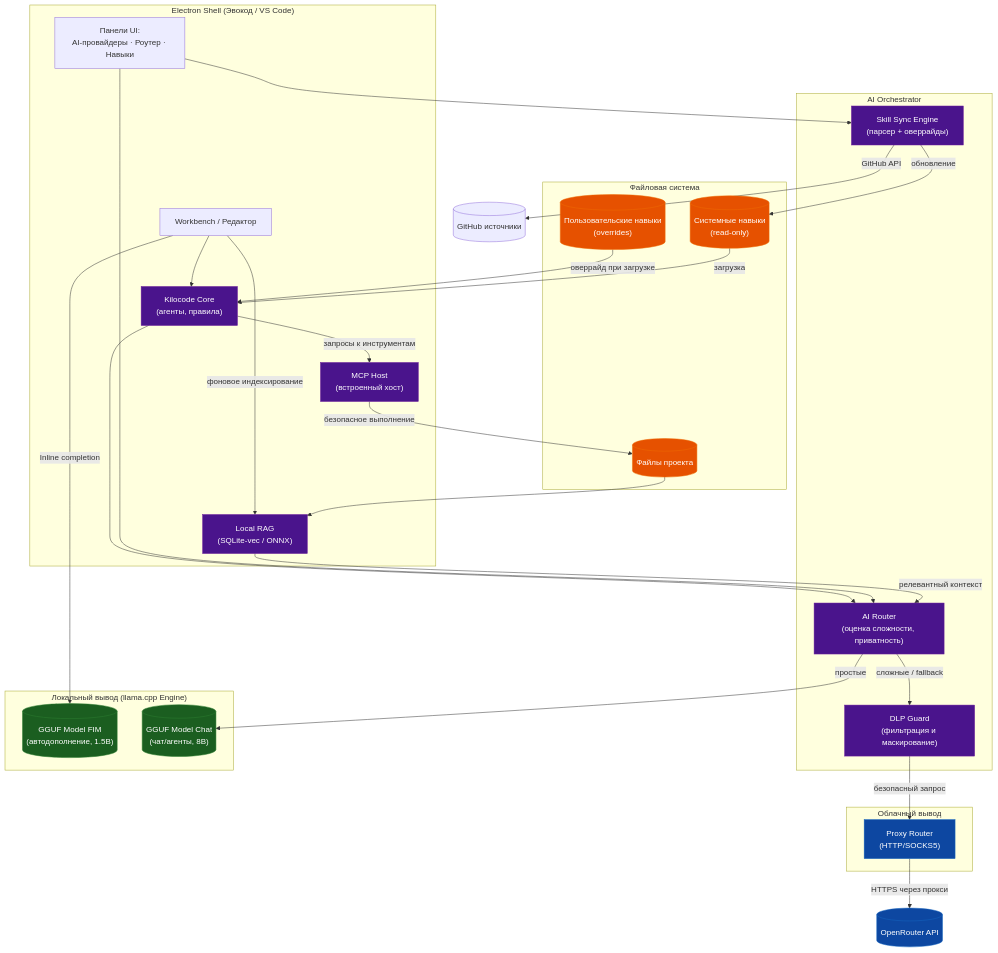
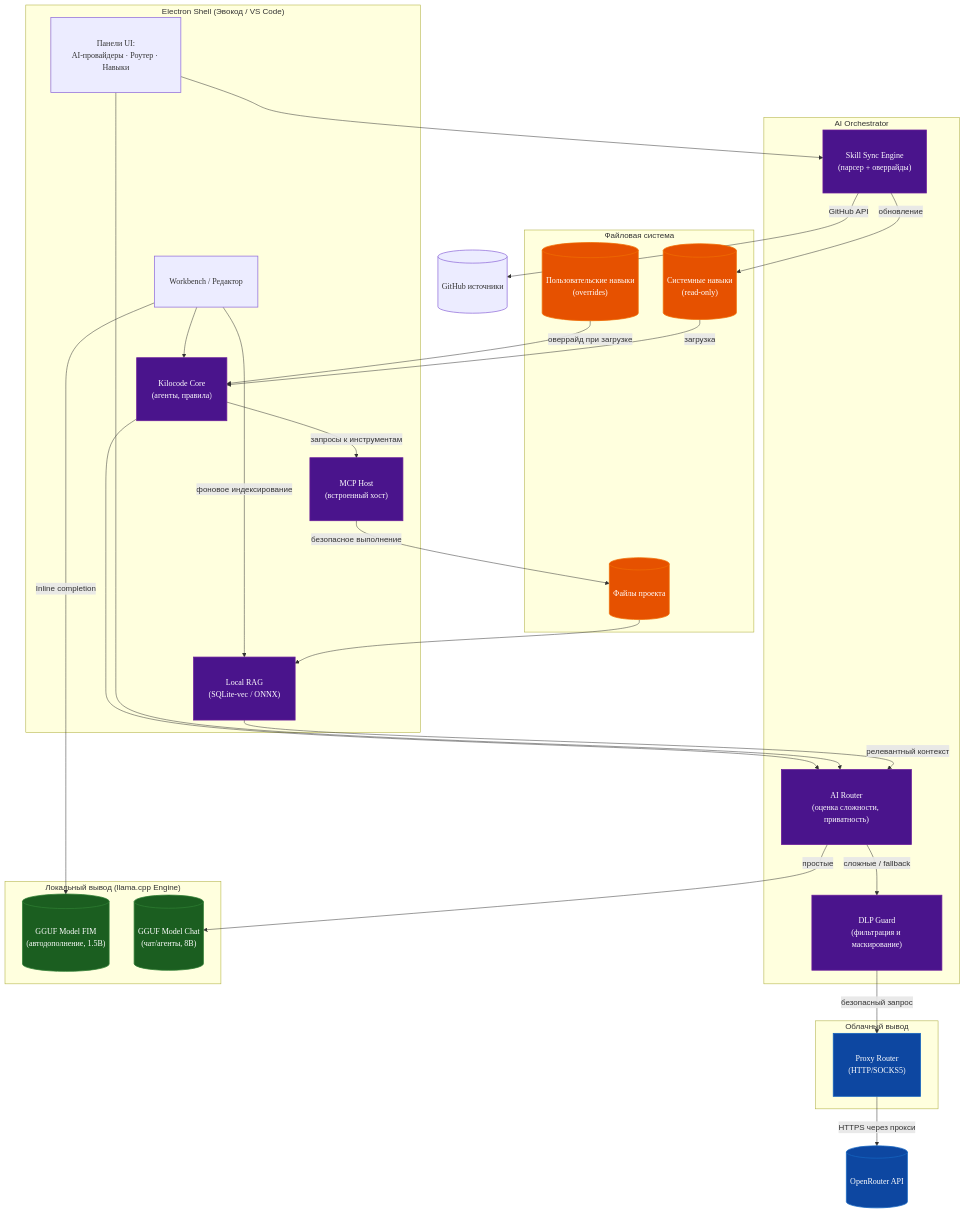
One commit to Bezooom/Evocode changed the diagram in docs/TZ.md. Above: the diagram before and after it, drawn with Mermaid. The commit also changed 4 other files, not shown here.

Commit message:
docs: optimize Mermaid diagram sizing and styling; make VISUAL architecture interactive HTML

````diff
--- a/docs/TZ.md
+++ b/docs/TZ.md
@@ -127,64 +127,68 @@
 ```mermaid
 flowchart TB
+    accTitle: Evocode Components Architecture Diagram
+    accDescr: Visual flowchart mapping the Electron shell components, AI Router, DLP Guard, local models, and cloud proxies inside Evocode with high-readability large text.
+
+    classDef default font-size:16px,font-family:'JetBrains Mono',monospace,stroke-width:1.5px,padding:8px;
+    classDef local fill:#1b5e20,stroke:#2e7d32,color:#fff;
+    classDef cloud fill:#0d47a1,stroke:#1565c0,color:#fff;
+    classDef core fill:#4a148c,stroke:#6a1b9a,color:#fff;
+    classDef files fill:#e65100,stroke:#ef6c00,color:#fff;
+
     subgraph Shell["Electron Shell (Эвокод / VS Code)"]
         WB["Workbench / Редактор"]
         KC["Kilocode Core<br/>(агенты, правила)"]
         UI["Панели UI:<br/>AI-провайдеры · Роутер · Навыки"]
         MCP["MCP Host<br/>(встроенный хост)"]
         RAG["Local RAG<br/>(SQLite-vec / ONNX)"]
     end
 
     subgraph Orchestration["AI Orchestrator"]
         ROUTER["AI Router<br/>(оценка сложности, приватность)"]
         DLP["DLP Guard<br/>(фильтрация и маскирование)"]
         SYNC["Skill Sync Engine<br/>(парсер + оверрайды)"]
     end
 
     subgraph Inference["Локальный вывод (llama.cpp Engine)"]
         FIM_MOD[("GGUF Model FIM<br/>(автодополнение, 1.5B)")]
         CHAT_MOD[("GGUF Model Chat<br/>(чат/агенты, 8B)")]
     end
 
     subgraph Cloud["Облачный вывод"]
         PROXY["Proxy Router<br/>(HTTP/SOCKS5)"]
     end
 
     subgraph FS["Файловая система"]
         SYS_SKILLS[("Системные навыки<br/>(read-only)")]
         USER_SKILLS[("Пользовательские навыки<br/>(overrides)")]
         PROJ_FILES[("Файлы проекта")]
     end
 
     WB --> KC
     WB -->|"Inline completion"| FIM_MOD
     KC --> ROUTER
     UI --> ROUTER
     UI --> SYNC
     ROUTER -->|"простые"| CHAT_MOD
     ROUTER -->|"сложные / fallback"| DLP
     DLP -->|"безопасный запрос"| PROXY
     
     SYNC -->|"обновление"| SYS_SKILLS
     USER_SKILLS -->|"оверрайд при загрузке"| KC
     SYS_SKILLS -->|"загрузка"| KC
     
     WB -->|"фоновое индексирование"| RAG
     RAG -->|"релевантный контекст"| ROUTER
     PROJ_FILES --> RAG
     
     KC -->|"запросы к инструментам"| MCP
     MCP -->|"безопасное выполнение"| PROJ_FILES
     
     SYNC -->|"GitHub API"| GH[("GitHub источники")]
     PROXY -->|"HTTPS через прокси"| OR[("OpenRouter API")]
-
-    classDef local fill:#1b5e20,stroke:#2e7d32,color:#fff;
-    classDef cloud fill:#0d47a1,stroke:#1565c0,color:#fff;
-    classDef core fill:#4a148c,stroke:#6a1b9a,color:#fff;
-    classDef files fill:#e65100,stroke:#ef6c00,color:#fff;
     
     class FIM_MOD,CHAT_MOD local;
     class PROXY,OR cloud;
     class ROUTER,SYNC,KC,DLP,MCP,RAG core;
     class SYS_SKILLS,USER_SKILLS,PROJ_FILES files;
 ```
````
